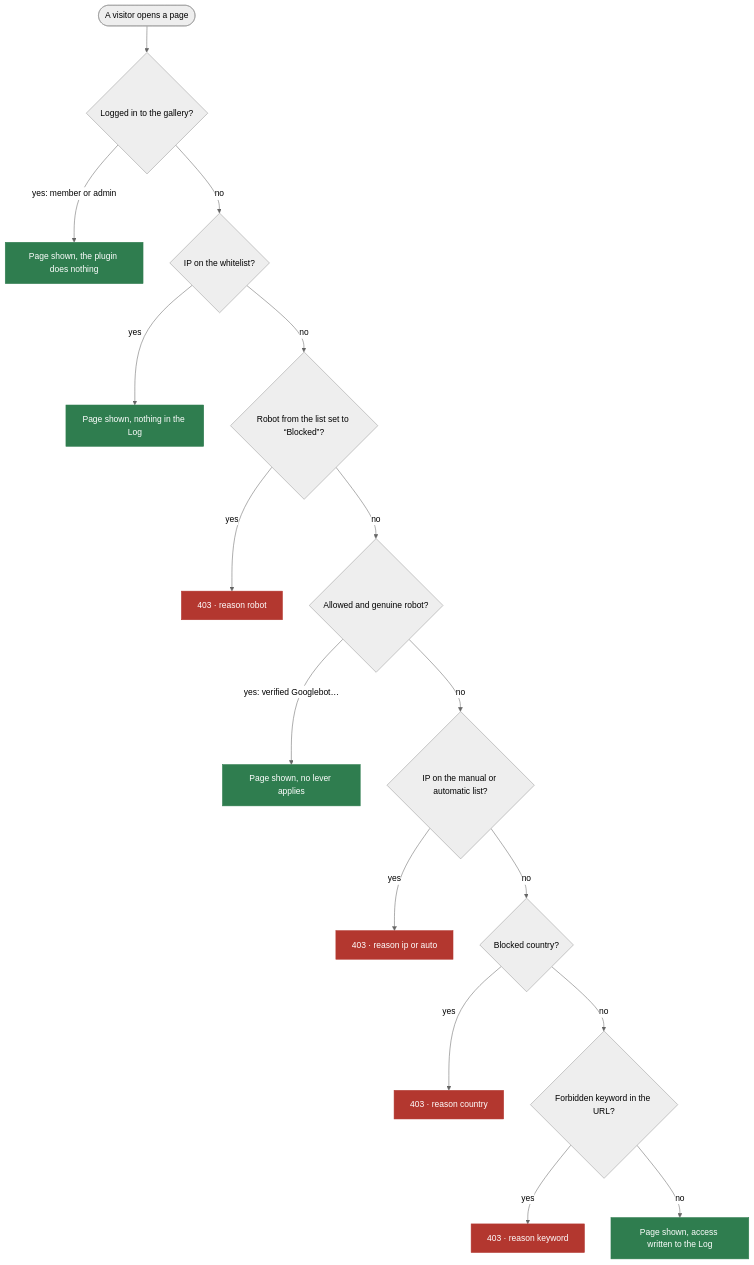
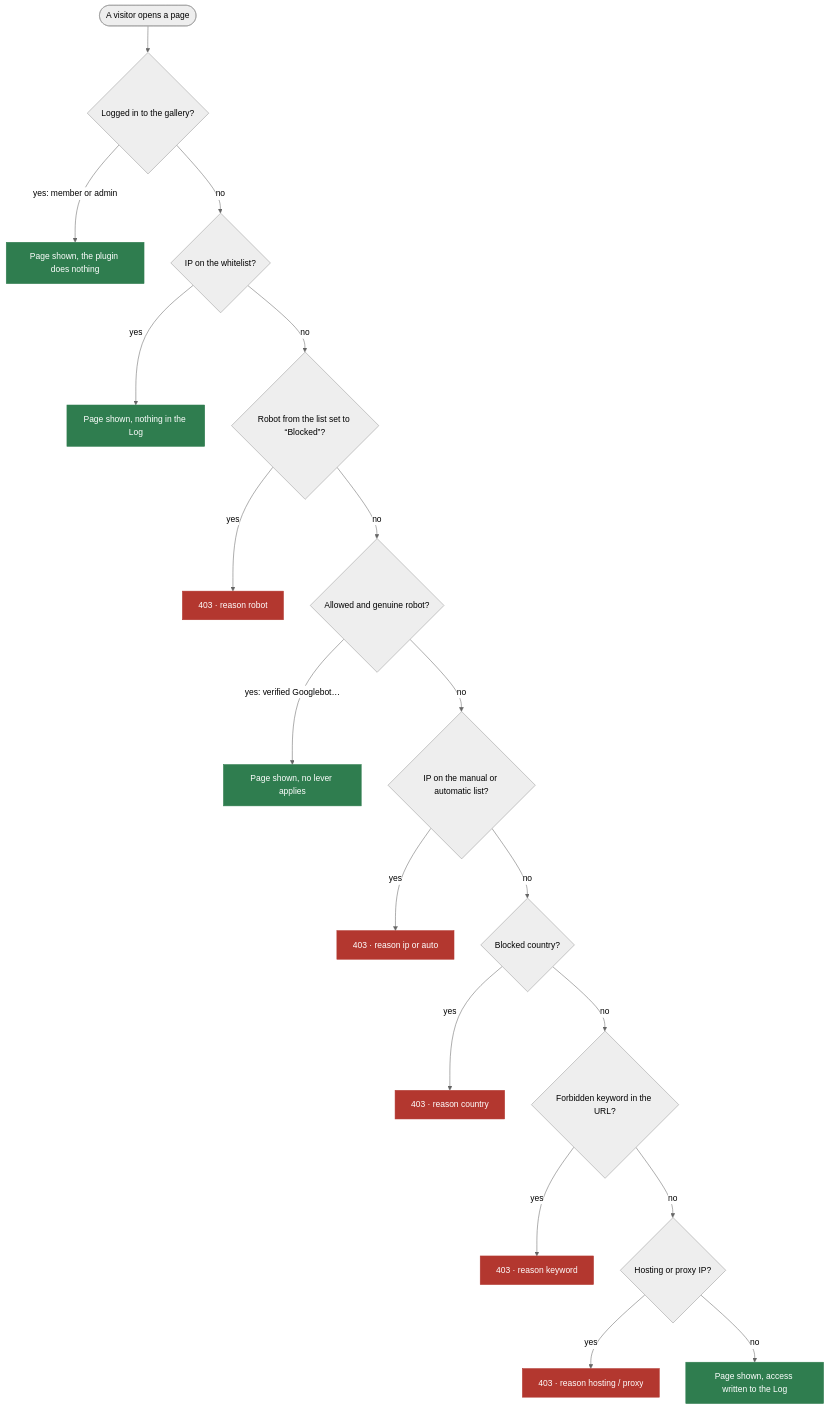
The first of 2 diagrams in README_EN.md (Charles69-piwigo/ip_location), drawn with Mermaid (neutral theme) before and after one commit. The commit also changed other lines of this file and 12 other files, not shown here.

````diff
--- a/README_EN.md
+++ b/README_EN.md
@@ -24,23 +24,25 @@
 ```mermaid
 flowchart TD
   A(["A visitor opens a page"]) --> B{"Logged in to the gallery?"}
   B -- "yes: member or admin" --> OK0["Page shown, the plugin does nothing"]
   B -- no --> C{"IP on the whitelist?"}
   C -- yes --> OK1["Page shown, nothing in the Log"]
   C -- no --> D{"Robot from the list set to “Blocked”?"}
   D -- yes --> X1["403 · reason robot"]
   D -- no --> E{"Allowed and genuine robot?"}
   E -- "yes: verified Googlebot…" --> OK2["Page shown, no lever applies"]
   E -- no --> F{"IP on the manual or automatic list?"}
   F -- yes --> X2["403 · reason ip or auto"]
   F -- no --> G{"Blocked country?"}
   G -- yes --> X3["403 · reason country"]
   G -- no --> H{"Forbidden keyword in the URL?"}
   H -- yes --> X4["403 · reason keyword"]
-  H -- no --> OK3["Page shown, access written to the Log"]
+  H -- no --> I{"Hosting or proxy IP?"}
+  I -- yes --> X5["403 · reason hosting / proxy"]
+  I -- no --> OK3["Page shown, access written to the Log"]
 
   classDef ok fill:#2f7d4f,stroke:#2f7d4f,color:#ffffff
   classDef stop fill:#b3372f,stroke:#b3372f,color:#ffffff
   class OK0,OK1,OK2,OK3 ok
-  class X1,X2,X3,X4 stop
+  class X1,X2,X3,X4,X5 stop
 ```
````
